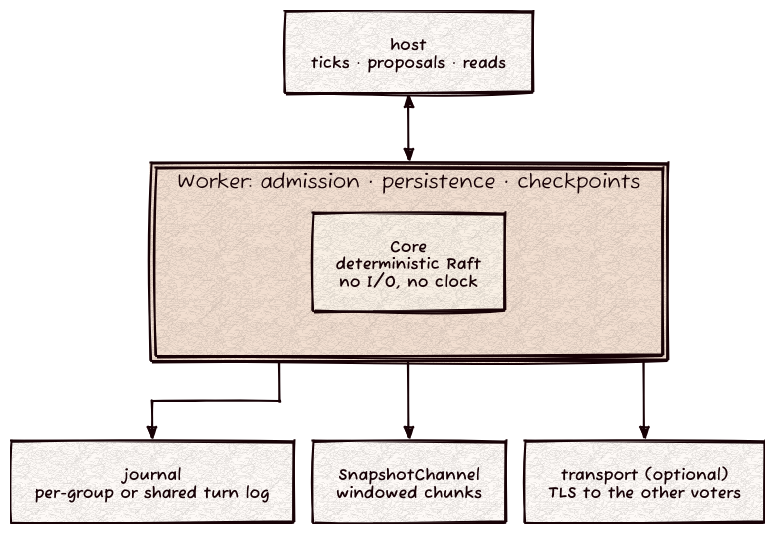
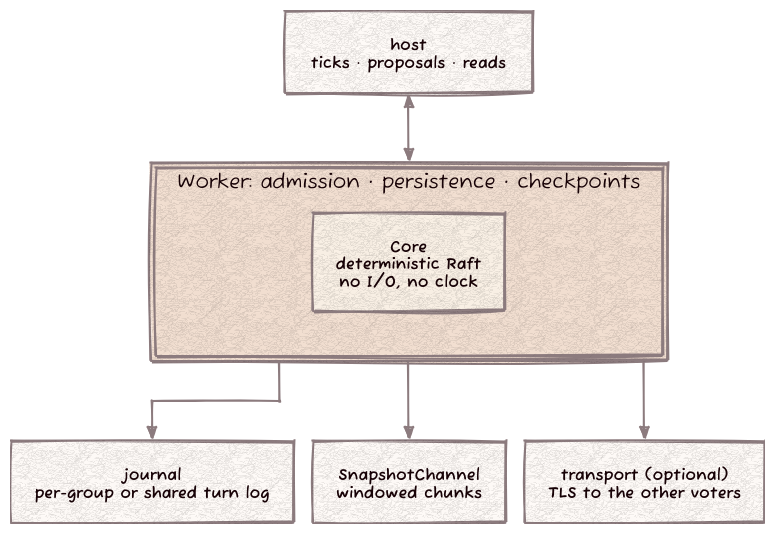
The diagram in docs/consensus.d2 (Kronuz/consensus), drawn with D2 before and after one commit. The commit also changed 1 other file, not shown here.

Commit message:
Render the README diagram for light and dark pages
A transparent background, mid-tone lines and mid-tone edge labels let
the one SVG read on GitHub's light and dark themes; the header carries
the settings so a plain `d2` renders it the same way.

[skip ci]

```diff
--- a/docs/consensus.d2
+++ b/docs/consensus.d2
@@ -1,21 +1,23 @@
 # consensus: a deterministic Raft core, its Worker, and the pieces around it.
-# Render: d2 --layout elk --sketch --theme 302 docs/consensus.d2 docs/consensus.svg
-vars: { d2-config: { layout-engine: elk; theme-id: 302; sketch: true; pad: 24 } }
+# Render: d2 docs/consensus.d2 docs/consensus.svg
+vars: { d2-config: { layout-engine: elk; theme-id: 302; sketch: true; pad: 24; theme-overrides: { B1: "#8C7B7E"; B2: "#C25B73"; N2: "#C25B73" } } }
+style.fill: transparent
+
 direction: down
 
 host: "host\nticks · proposals · reads"
 
 worker: Worker {
   label: "Worker: admission · persistence · checkpoints"
   style.font-size: 20
   core: "Core\ndeterministic Raft\nno I/O, no clock"
 }
 
 journal: "journal\nper-group or shared turn log"
 channel: "SnapshotChannel\nwindowed chunks"
 transport: "transport (optional)\nTLS to the other voters"
 
 host <-> worker
 worker -> journal
 worker -> channel
 worker -> transport
```
